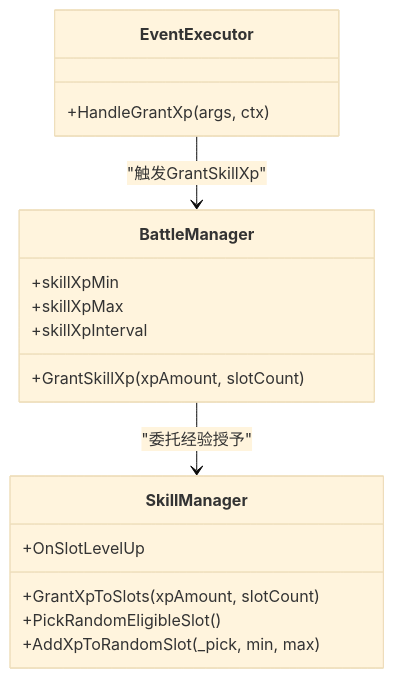
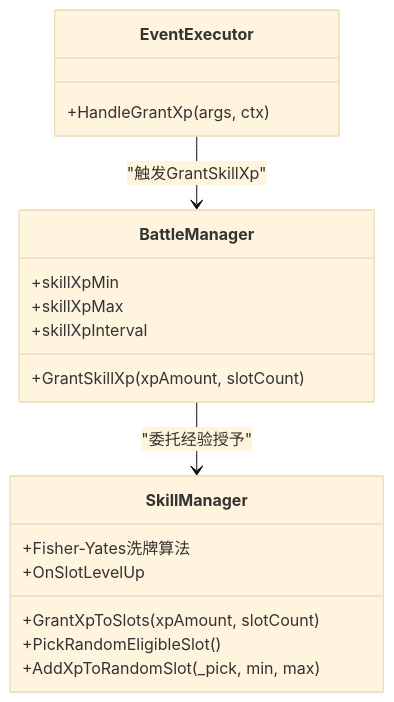
One commit to Tuusen/p1_client changed the seventh of 9 diagrams in .qoder/repowiki/zh/content/技能系统/技能经验值系统.md. Above: the diagram before and after it, drawn with Mermaid (base theme). The commit also changed other lines of this file and 11 other files, not shown here.

````diff
--- a/.qoder/repowiki/zh/content/技能系统/技能经验值系统.md
+++ b/.qoder/repowiki/zh/content/技能系统/技能经验值系统.md
@@ -192,20 +215,21 @@
 ```mermaid
 classDiagram
 class SkillManager {
 +GrantXpToSlots(xpAmount, slotCount)
 +PickRandomEligibleSlot()
++Fisher-Yates洗牌算法
 +AddXpToRandomSlot(_pick, min, max)
 +OnSlotLevelUp
 }
 class BattleManager {
 +skillXpMin
 +skillXpMax
 +skillXpInterval
 +GrantSkillXp(xpAmount, slotCount)
 }
 class EventExecutor {
 +HandleGrantXp(args, ctx)
 }
 BattleManager --> SkillManager : "委托经验授予"
 EventExecutor --> BattleManager : "触发GrantSkillXp"
 ```
````
